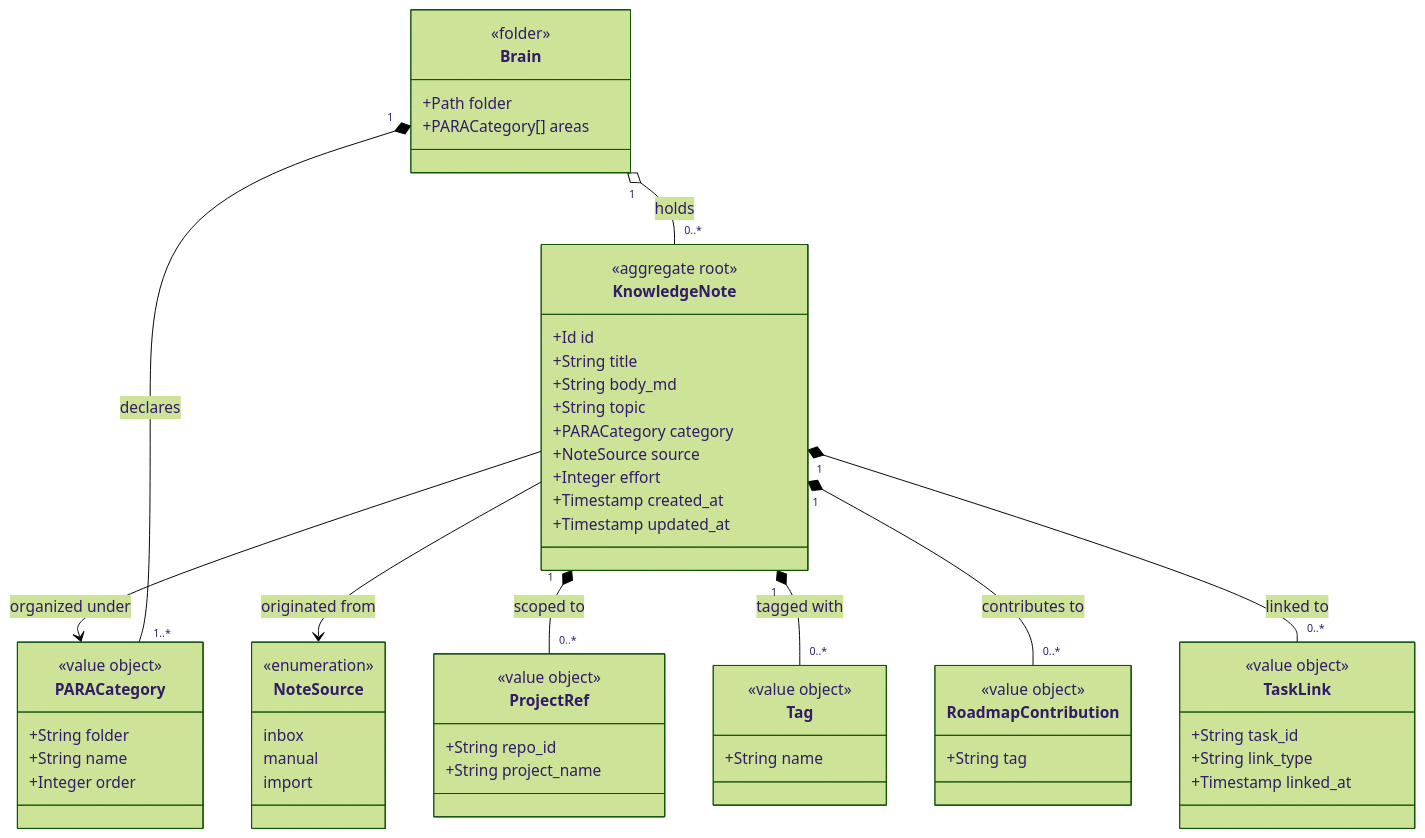
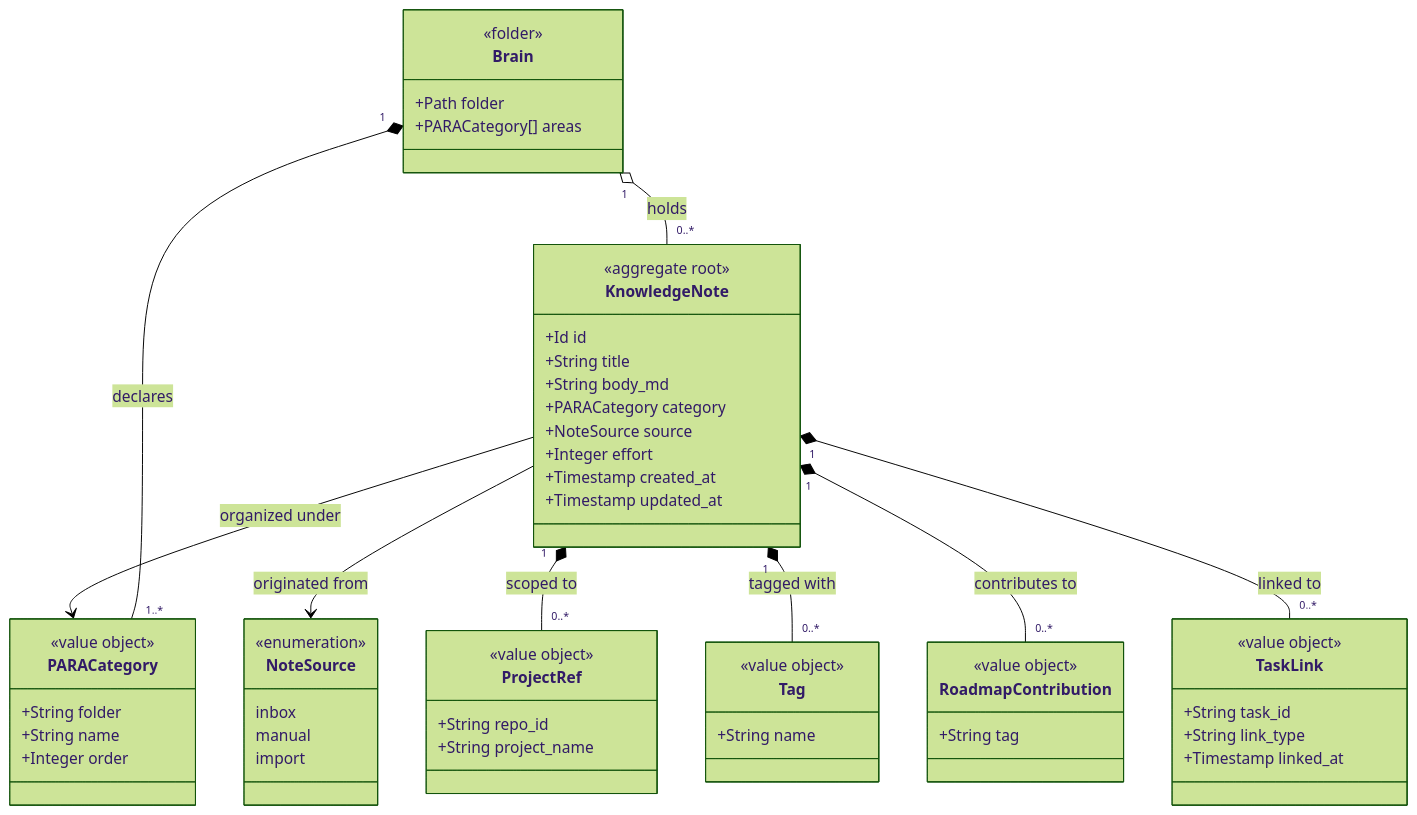
Before and after one commit to JSdotNet/Backlog: the first of 2 diagrams in .devbook/domain/devbook/model.md, drawn with Mermaid (forest theme). The commit also changed other lines of this file and 131 other files, not shown here.

````diff
--- a/.devbook/domain/devbook/model.md
+++ b/.devbook/domain/devbook/model.md
@@ -15,60 +15,59 @@
 ```mermaid
 classDiagram
     class KnowledgeNote {
         <<aggregate root>>
         +Id id
         +String title
         +String body_md
-        +String topic
         +PARACategory category
         +NoteSource source
         +Integer effort
         +Timestamp created_at
         +Timestamp updated_at
     }
     class Brain {
         <<folder>>
         +Path folder
         +PARACategory[] areas
     }
     class ProjectRef {
         <<value object>>
         +String repo_id
         +String project_name
     }
     class Tag {
         <<value object>>
         +String name
     }
     class RoadmapContribution {
         <<value object>>
         +String tag
     }
     class TaskLink {
         <<value object>>
         +String task_id
         +String link_type
         +Timestamp linked_at
     }
     class PARACategory {
         <<value object>>
         +String folder
         +String name
         +Integer order
     }
     class NoteSource {
         <<enumeration>>
         inbox
         manual
         import
     }
 
     KnowledgeNote --> PARACategory : organized under
     Brain "1" o-- "0..*" KnowledgeNote : holds
     Brain "1" *-- "1..*" PARACategory : declares
     KnowledgeNote --> NoteSource : originated from
     KnowledgeNote "1" *-- "0..*" ProjectRef : scoped to
     KnowledgeNote "1" *-- "0..*" Tag : tagged with
     KnowledgeNote "1" *-- "0..*" RoadmapContribution : contributes to
     KnowledgeNote "1" *-- "0..*" TaskLink : linked to
 ```
````
